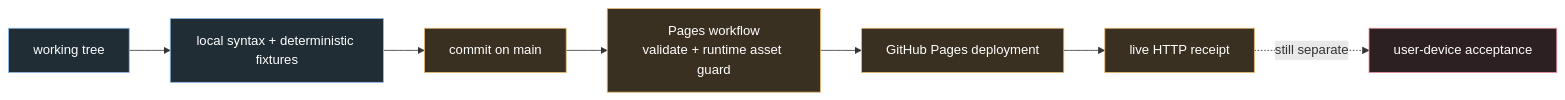
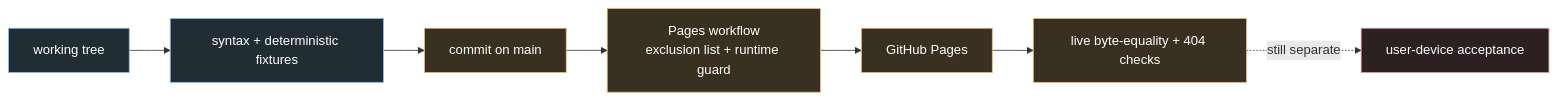
The seventh of 7 diagrams in README.md (mustafaras/s), drawn with Mermaid before and after one commit. The commit also changed other lines of this file and 6 other files, not shown here.

````diff
--- a/README.md
+++ b/README.md
@@ -1238,16 +632,16 @@
 ```mermaid
 flowchart LR
-    W["working tree"] --> Q["local syntax + deterministic fixtures"]
+    W["working tree"] --> Q["syntax + deterministic fixtures"]
     Q --> C["commit on main"]
-    C --> CI["Pages workflow<br/>validate + runtime asset guard"]
-    CI --> DEP["GitHub Pages deployment"]
-    DEP --> LIVE["live HTTP receipt"]
+    C --> CI["Pages workflow<br/>exclusion list + runtime guard"]
+    CI --> DEP["GitHub Pages"]
+    DEP --> LIVE["live byte-equality + 404 checks"]
     LIVE -. "still separate" .-> DEVICE["user-device acceptance"]
 
     classDef local fill:#202d35,stroke:#8fbce9,color:#fff;
     classDef delivery fill:#3a3022,stroke:#e9bb70,color:#fff;
     classDef separate fill:#2d2023,stroke:#e8959e,color:#fff;
     class W,Q local;
     class C,CI,DEP,LIVE delivery;
     class DEVICE separate;
 ```
````
